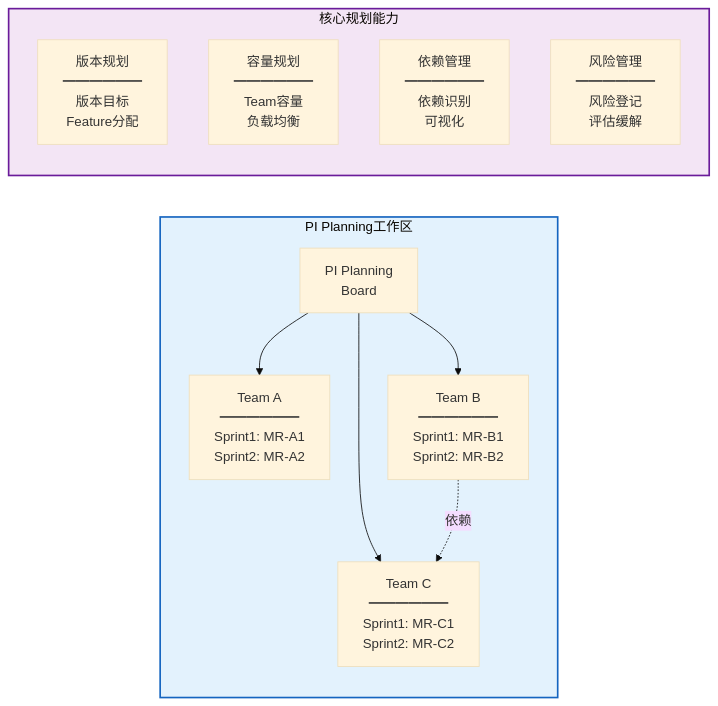
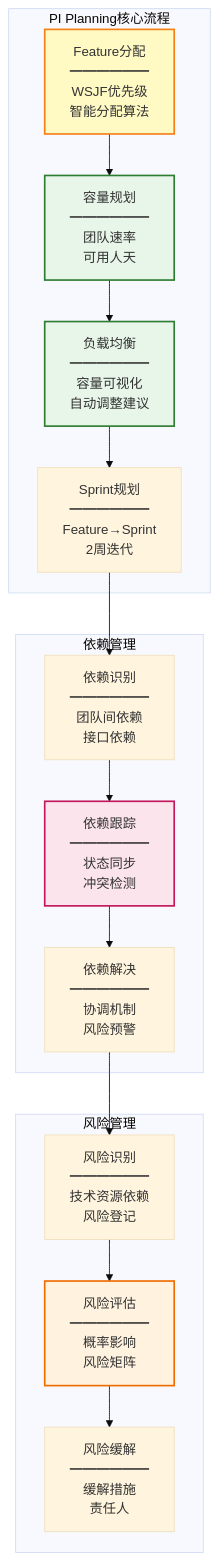
One commit to zjx-immersion/auto-rd-platform-prototype changed diagram 18 of 30 in platform-design/AUTO_RD_PLATFORM_DESIGN_MERMAID.md. Above: the diagram before and after it, drawn with Mermaid (base theme). The commit also changed other lines of this file, not shown here.

````diff
--- a/platform-design/AUTO_RD_PLATFORM_DESIGN_MERMAID.md
+++ b/platform-design/AUTO_RD_PLATFORM_DESIGN_MERMAID.md
@@ -947,20 +750,31 @@
 ```mermaid
-graph LR
-    subgraph Planning["PI Planning工作区"]
-        Board[PI Planning<br/>Board] --> TeamA[Team A<br/>━━━━━━<br/>Sprint1: MR-A1<br/>Sprint2: MR-A2]
-        Board --> TeamB[Team B<br/>━━━━━━<br/>Sprint1: MR-B1<br/>Sprint2: MR-B2]
-        Board --> TeamC[Team C<br/>━━━━━━<br/>Sprint1: MR-C1<br/>Sprint2: MR-C2]
-
-        TeamB -.->|依赖| TeamC
+graph TB
+    subgraph PI_Planning[PI Planning核心流程]
+        P1[Feature分配<br/>━━━━━━<br/>WSJF优先级<br/>智能分配算法]
+        P2[容量规划<br/>━━━━━━<br/>团队速率<br/>可用人天]
+        P3[负载均衡<br/>━━━━━━<br/>容量可视化<br/>自动调整建议]
+        P4[Sprint规划<br/>━━━━━━<br/>Feature→Sprint<br/>2周迭代]
     end
 
-    subgraph Capabilities["核心规划能力"]
-        V[版本规划<br/>━━━━━━<br/>版本目标<br/>Feature分配]
-        C[容量规划<br/>━━━━━━<br/>Team容量<br/>负载均衡]
-        D[依赖管理<br/>━━━━━━<br/>依赖识别<br/>可视化]
-        R[风险管理<br/>━━━━━━<br/>风险登记<br/>评估缓解]
+    subgraph 依赖管理
+        D1[依赖识别<br/>━━━━━━<br/>团队间依赖<br/>接口依赖]
+        D2[依赖跟踪<br/>━━━━━━<br/>状态同步<br/>冲突检测]
+        D3[依赖解决<br/>━━━━━━<br/>协调机制<br/>风险预警]
     end
 
-    style Planning fill:#e3f2fd,stroke:#1565c0,stroke-width:2px
-    style Capabilities fill:#f3e5f5,stroke:#6a1b9a,stroke-width:2px
+    subgraph 风险管理
+        R1[风险识别<br/>━━━━━━<br/>技术资源依赖<br/>风险登记]
+        R2[风险评估<br/>━━━━━━<br/>概率影响<br/>风险矩阵]
+        R3[风险缓解<br/>━━━━━━<br/>缓解措施<br/>责任人]
+    end
+
+    P1 --> P2 --> P3 --> P4
+    P4 --> D1 --> D2 --> D3
+    D3 --> R1 --> R2 --> R3
+
+    style P1 fill:#fff9c4,stroke:#f57f17,stroke-width:2px
+    style P2 fill:#e8f5e9,stroke:#2e7d32,stroke-width:2px
+    style P3 fill:#e8f5e9,stroke:#2e7d32,stroke-width:2px
+    style D2 fill:#fce4ec,stroke:#c2185b,stroke-width:2px
+    style R2 fill:#fff3e0,stroke:#ef6c00,stroke-width:2px
 ```
````
